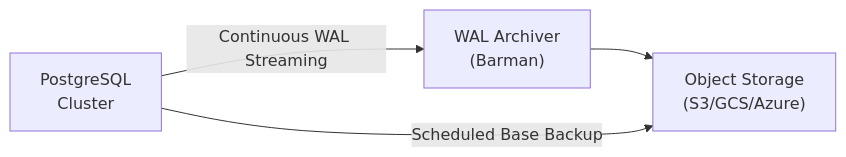
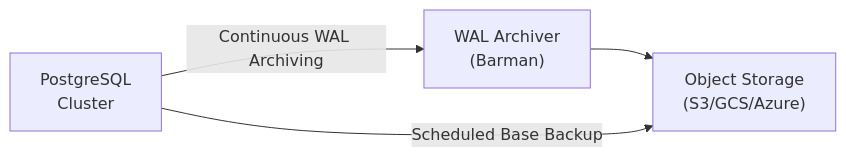
Before and after one commit to OneUptime/blog: the diagram in posts/2026-01-21-cloudnativepg-backups/README.md, drawn with Mermaid. The commit also changed other lines of this file and 4262 other files, not shown here.

````diff
--- a/posts/2026-01-21-cloudnativepg-backups/README.md
+++ b/posts/2026-01-21-cloudnativepg-backups/README.md
@@ -29,9 +31,9 @@
 ```mermaid
 flowchart LR
     PG["PostgreSQL<br/>Cluster"]
     WAL["WAL Archiver<br/>(Barman)"]
     Storage["Object Storage<br/>(S3/GCS/Azure)"]
 
-    PG -->|"Continuous WAL Streaming"| WAL --> Storage
+    PG -->|"Continuous WAL Archiving"| WAL --> Storage
     PG -->|"Scheduled Base Backup"| Storage
 ```
````
